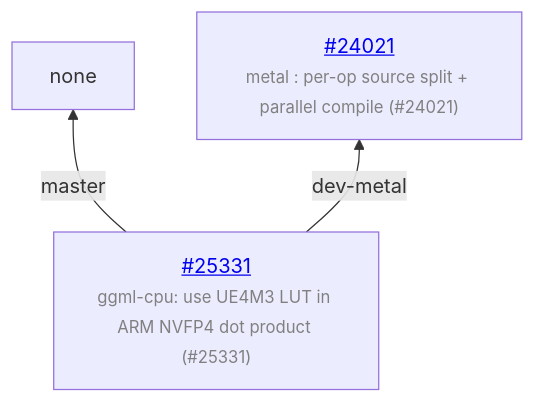
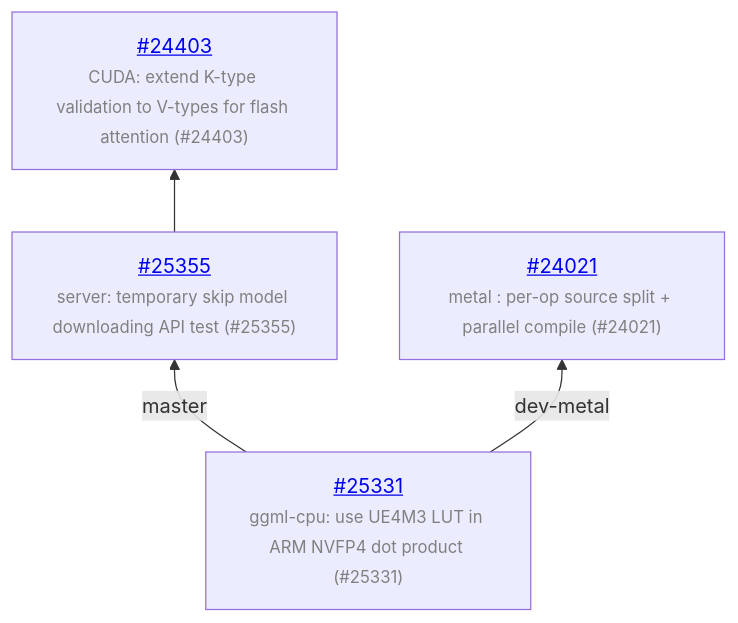
The diagram in README.md (ggml-org/llama.cpp-dev), drawn with Mermaid before and after one commit. The commit also changed other lines of this file and 1 other file, not shown here.

Commit message:
auto: update

````diff
--- a/README.md
+++ b/README.md
@@ -13,7 +13,10 @@
 ```mermaid
 graph BT
     COMMON["<a href='https://github.com/ggml-org/llama.cpp/pull/25331'>#25331</a><br/><span style='font-size:smaller;color:gray'>ggml-cpu: use UE4M3 LUT in ARM NVFP4 dot product (#25331)</span>"]
-    COMMON -->|master| none
+    COMMON -->|master| C_bfdf581
+    C_bfdf581["<a href='https://github.com/ggml-org/llama.cpp/pull/25355'>#25355</a><br/><span style='font-size:smaller;color:gray'>server: temporary skip model downloading API test (#25355)</span>"]
+    C_bfdf581 --> C_cb295bf
+    C_cb295bf["<a href='https://github.com/ggml-org/llama.cpp/pull/24403'>#24403</a><br/><span style='font-size:smaller;color:gray'>CUDA: extend K-type validation to V-types for flash attention (#24403)</span>"]
     COMMON -->|dev-metal| C_437f21a
     C_437f21a["<a href='https://github.com/ggml-org/llama.cpp/pull/24021'>#24021</a><br/><span style='font-size:smaller;color:gray'>metal : per-op source split + parallel compile (#24021)</span>"]
 ```
````
